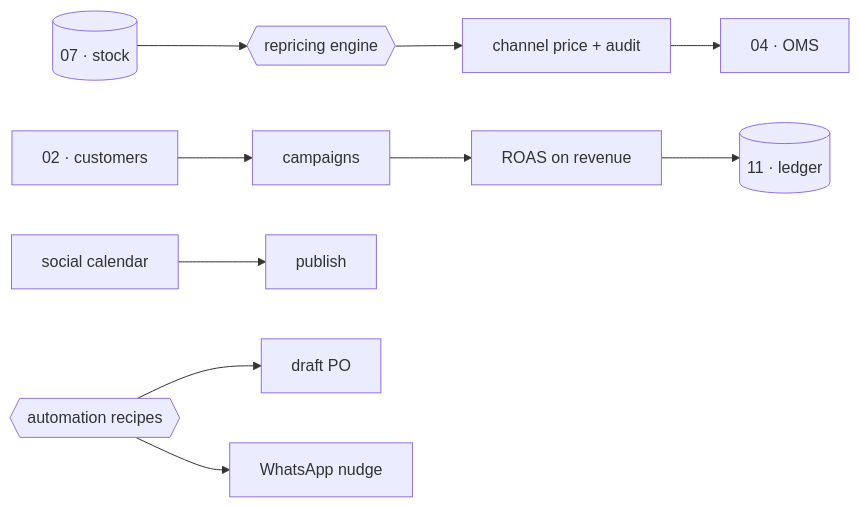
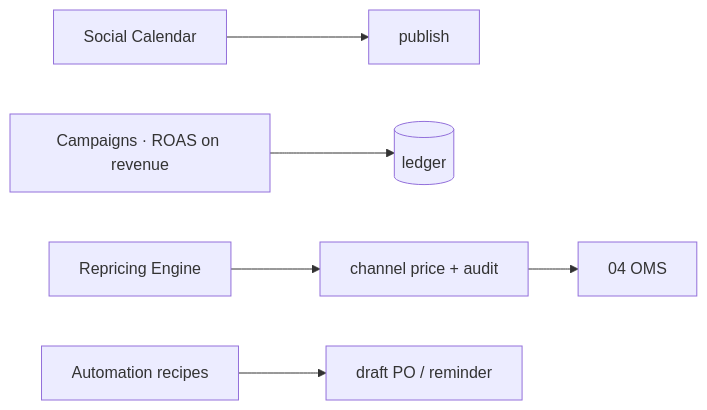
Diagram 13 of 16 in VASTRANGAM_MODULES_COMPLETE.md (vastrangam/AI_Content_Engine), drawn with Mermaid before and after one commit. The commit also changed other lines of this file and 1 other file, not shown here.

First line of the commit message:
Rewrite module book at app + screen level (78 apps, BUILT/SPEC marked)

````diff
--- a/VASTRANGAM_MODULES_COMPLETE.md
+++ b/VASTRANGAM_MODULES_COMPLETE.md
@@ -1170,12 +935,8 @@
 ```mermaid
 flowchart LR
-  INV[(07 · stock)] --> REP{{repricing engine}}
-  CRM[02 · customers] --> CMP[campaigns]
-  CAL[social calendar] --> PUB[publish]
-  REP --> PRICE[channel price + audit]
-  PRICE --> OMS[04 · OMS]
-  CMP --> ROAS[ROAS on revenue]
-  ROAS --> GL[(11 · ledger)]
-  AUTO{{automation recipes}} --> PO[draft PO]
-  AUTO --> WA[WhatsApp nudge]
+  CAL[Social Calendar] --> PUB[publish]
+  CMP[Campaigns · ROAS on revenue] --> GL[(ledger)]
+  REP[Repricing Engine] --> PRICE[channel price + audit]
+  PRICE --> OMS[04 OMS]
+  AUTO[Automation recipes] --> PO[draft PO / reminder]
 ```
````
